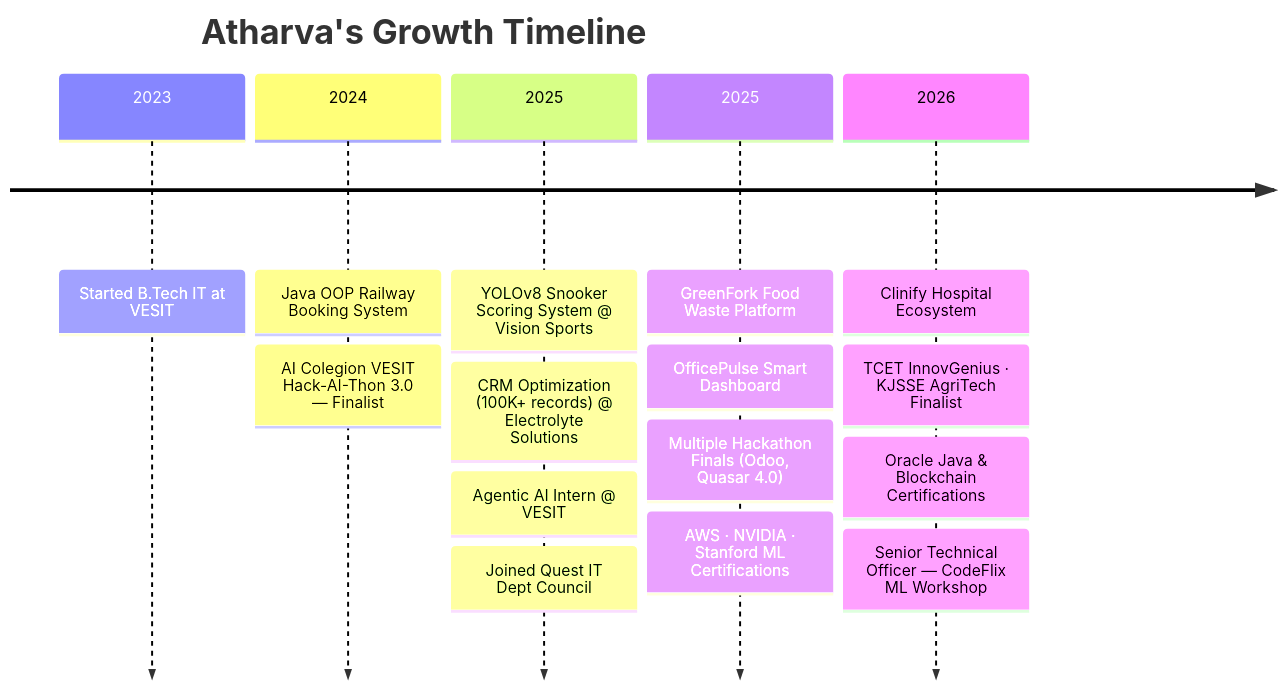
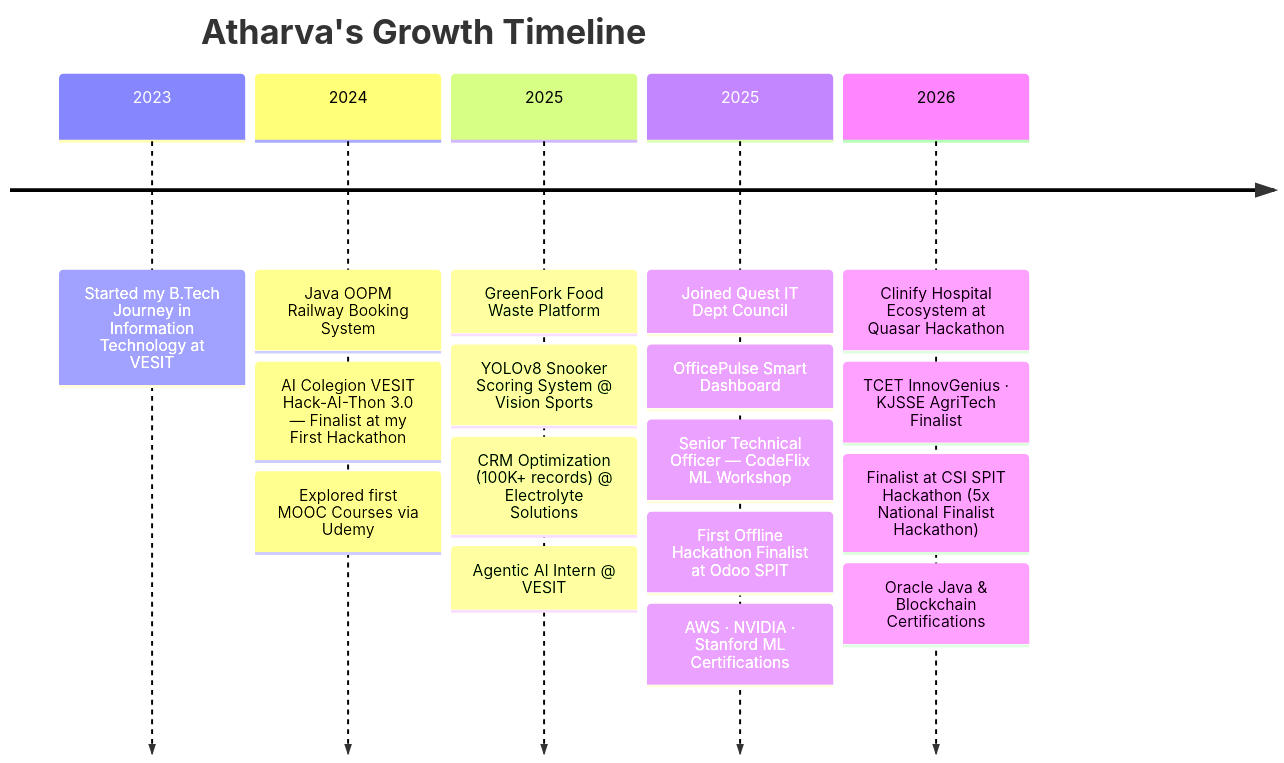
The first of 5 diagrams in README.md (AtharvaLotankar11/AtharvaLotankar11), drawn with Mermaid before and after one commit.

Commit message:
Revise growth timeline in README.md
Updated growth timeline with additional details and corrections.

````diff
--- a/README.md
+++ b/README.md
@@ -74,19 +74,21 @@
 ```mermaid
 timeline
     title Atharva's Growth Timeline
-    2023 : Started B.Tech IT at VESIT
-    2024 : Java OOP Railway Booking System
-         : AI Colegion VESIT Hack-AI-Thon 3.0 — Finalist
-    2025 : YOLOv8 Snooker Scoring System @ Vision Sports
+    2023 : Started my B.Tech Journey in Information Technology at VESIT
+    2024 : Java OOPM Railway Booking System
+         : AI Colegion VESIT Hack-AI-Thon 3.0 — Finalist at my First Hackathon
+         : Explored first MOOC Courses via Udemy
+    2025 : GreenFork Food Waste Platform
+         : YOLOv8 Snooker Scoring System @ Vision Sports
          : CRM Optimization (100K+ records) @ Electrolyte Solutions
          : Agentic AI Intern @ VESIT
-         : Joined Quest IT Dept Council
-    2025 : GreenFork Food Waste Platform
+    2025 : Joined Quest IT Dept Council
          : OfficePulse Smart Dashboard
-         : Multiple Hackathon Finals (Odoo, Quasar 4.0)
+         : Senior Technical Officer — CodeFlix ML Workshop
+         : First Offline Hackathon Finalist at Odoo SPIT
          : AWS · NVIDIA · Stanford ML Certifications
-    2026 : Clinify Hospital Ecosystem
+    2026 : Clinify Hospital Ecosystem at Quasar Hackathon
          : TCET InnovGenius · KJSSE AgriTech Finalist
+         : Finalist at CSI SPIT Hackathon (5x National Finalist Hackathon)
          : Oracle Java & Blockchain Certifications
-         : Senior Technical Officer — CodeFlix ML Workshop
 ```
````
